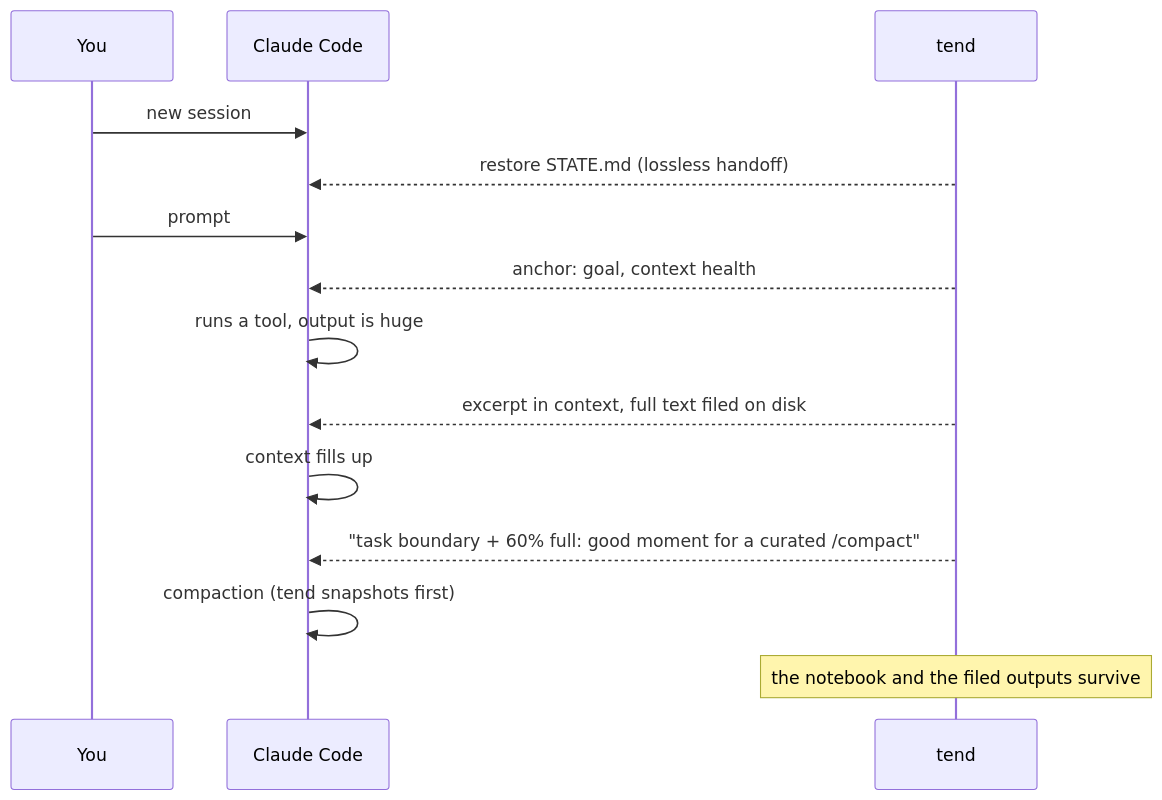
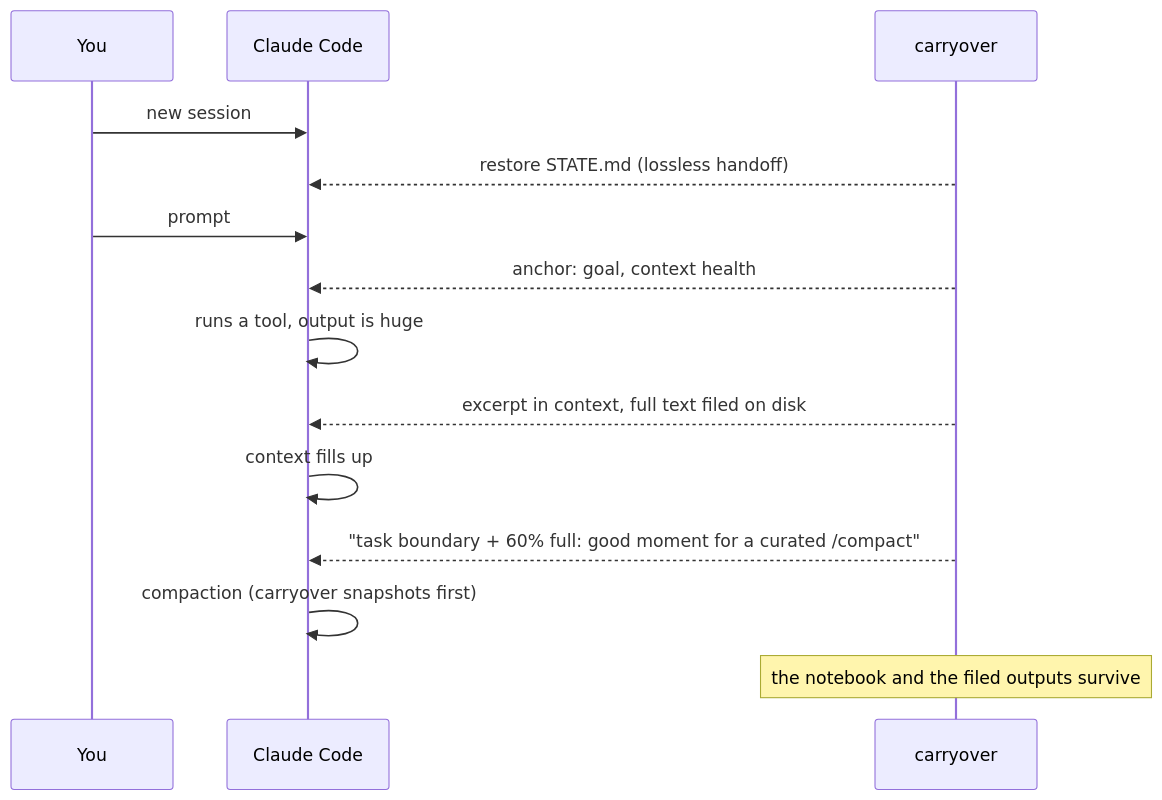
Before and after one commit to varmabudharaju/tend: the second of 2 diagrams in README.md, drawn with Mermaid. The commit also changed other lines of this file and 3 other files, not shown here.

Commit message:
docs: carryover naming sweep (README, architecture, benchmarks, capture)

````diff
--- a/README.md
+++ b/README.md
@@ -127,17 +129,17 @@
 ```mermaid
 sequenceDiagram
     participant U as You
     participant CC as Claude Code
-    participant T as tend
+    participant T as carryover
 
     U->>CC: new session
     T-->>CC: restore STATE.md (lossless handoff)
     U->>CC: prompt
     T-->>CC: anchor: goal, context health
     CC->>CC: runs a tool, output is huge
     T-->>CC: excerpt in context, full text filed on disk
     CC->>CC: context fills up
     T-->>CC: "task boundary + 60% full: good moment for a curated /compact"
-    CC->>CC: compaction (tend snapshots first)
+    CC->>CC: compaction (carryover snapshots first)
     Note over T: the notebook and the filed outputs survive
 ```
````
